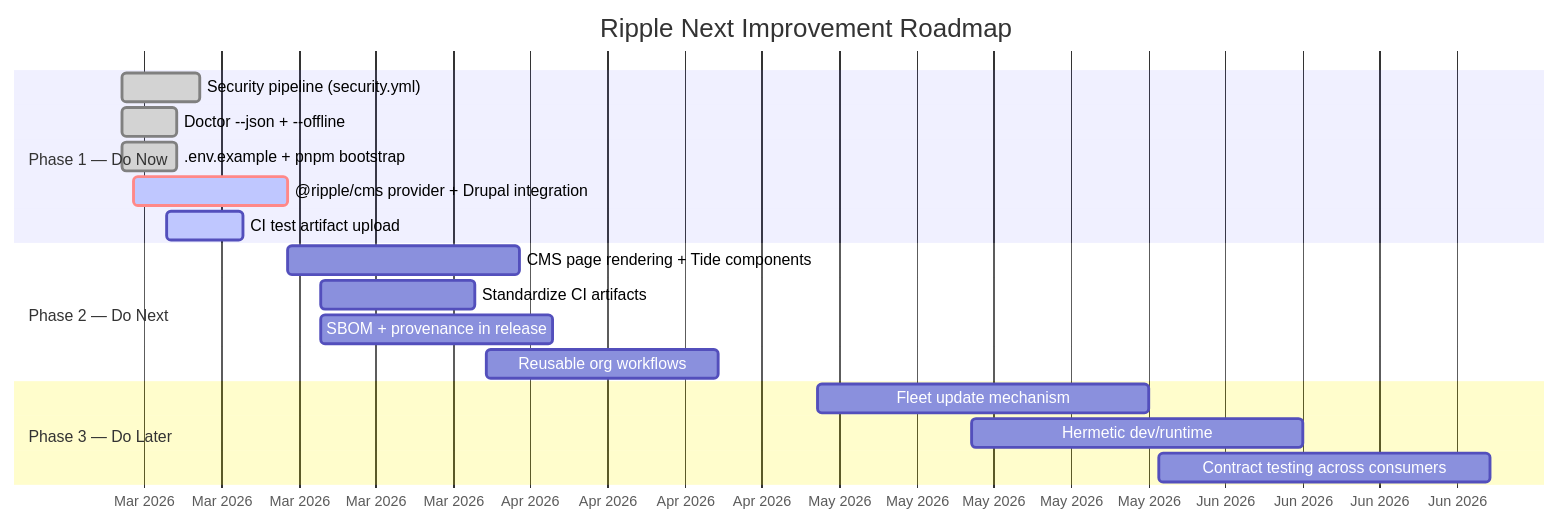
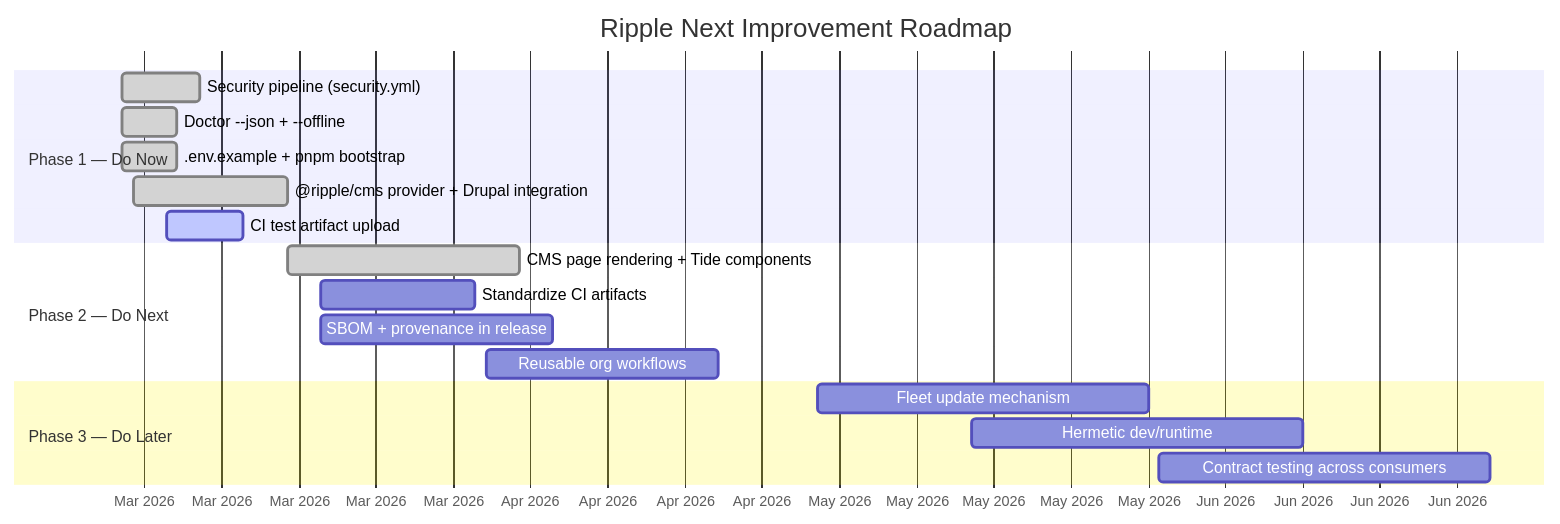
One commit to jbejenar/ripple-next changed the eighth of 10 diagrams in docs/product-roadmap/README.md. Above: the diagram before and after it, drawn with Mermaid. The commit also changed other lines of this file and 9 other files, not shown here.

First line of the commit message:
docs: update all documentation to reflect CMS integration

````diff
--- a/docs/product-roadmap/README.md
+++ b/docs/product-roadmap/README.md
@@ -418,24 +436,24 @@
 ```mermaid
 gantt
     title Ripple Next Improvement Roadmap
     dateFormat YYYY-MM-DD
     axisFormat %b %Y
 
     section Phase 1 — Do Now
     Security pipeline (security.yml)           :done, sec, 2026-02-27, 7d
     Doctor --json + --offline                  :done, doc, 2026-02-27, 5d
     .env.example + pnpm bootstrap              :done, env, 2026-02-27, 5d
-    @ripple/cms provider + Drupal integration  :crit, active, cms, 2026-02-28, 14d
+    @ripple/cms provider + Drupal integration  :done, cms, 2026-02-28, 14d
     CI test artifact upload                    :active, art, 2026-03-03, 7d
 
     section Phase 2 — Do Next
-    CMS page rendering + Tide components       :cms2, 2026-03-14, 21d
+    CMS page rendering + Tide components       :done, cms2, 2026-03-14, 21d
     Standardize CI artifacts                   :ci, 2026-03-17, 14d
     SBOM + provenance in release               :sbom, 2026-03-17, 21d
     Reusable org workflows                     :reuse, 2026-04-01, 21d
 
     section Phase 3 — Do Later
     Fleet update mechanism                     :fleet, 2026-05-01, 30d
     Hermetic dev/runtime                       :hermetic, 2026-05-15, 30d
     Contract testing across consumers          :contract, 2026-06-01, 30d
 ```
````
